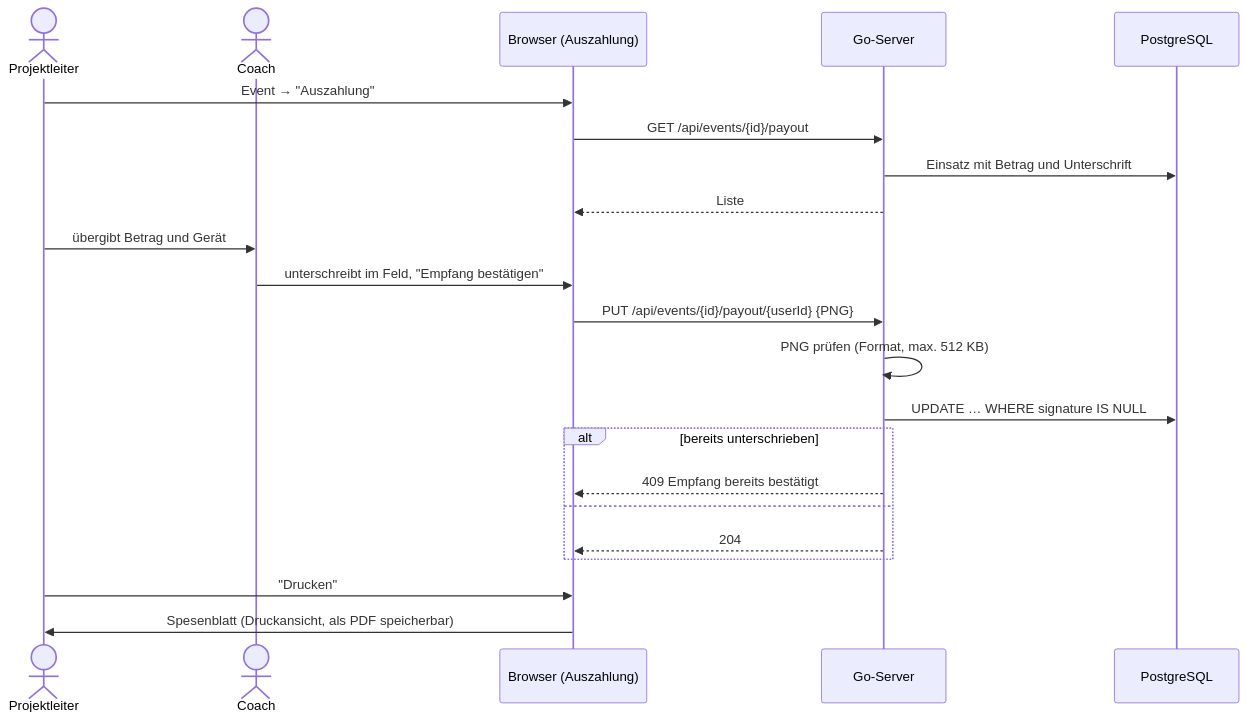
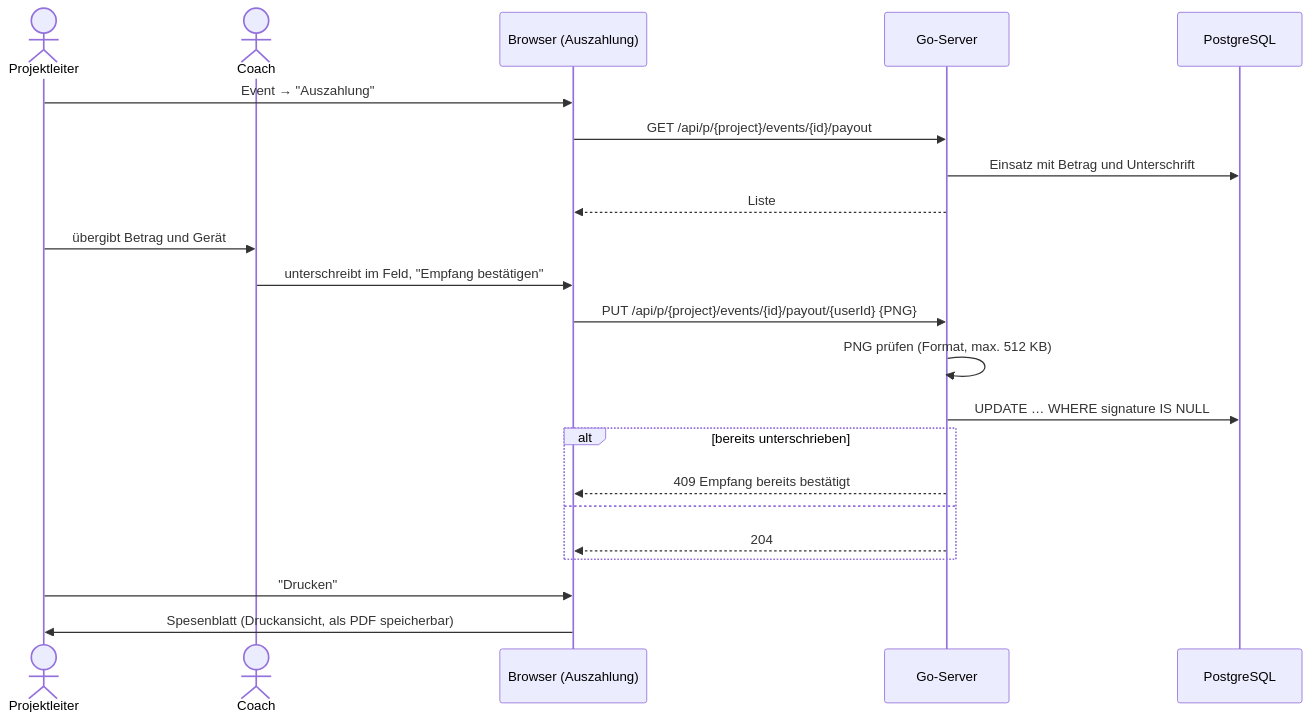
One commit to tribock/midnightsports changed the sixth of 8 diagrams in docs/architektur.md. Above: the diagram before and after it, drawn with Mermaid. The commit also changed other lines of this file and 60 other files, not shown here.

````diff
--- a/docs/architektur.md
+++ b/docs/architektur.md
@@ -266,25 +409,25 @@
 ```mermaid
 sequenceDiagram
     actor PL as Projektleiter
     actor C as Coach
     participant B as Browser (Auszahlung)
     participant S as Go-Server
     participant DB as PostgreSQL
 
     PL->>B: Event → "Auszahlung"
-    B->>S: GET /api/events/{id}/payout
+    B->>S: GET /api/p/{project}/events/{id}/payout
     S->>DB: Einsatz mit Betrag und Unterschrift
     S-->>B: Liste
     PL->>C: übergibt Betrag und Gerät
     C->>B: unterschreibt im Feld, "Empfang bestätigen"
-    B->>S: PUT /api/events/{id}/payout/{userId} {PNG}
+    B->>S: PUT /api/p/{project}/events/{id}/payout/{userId} {PNG}
     S->>S: PNG prüfen (Format, max. 512 KB)
     S->>DB: UPDATE … WHERE signature IS NULL
     alt bereits unterschrieben
         S-->>B: 409 Empfang bereits bestätigt
     else
         S-->>B: 204
     end
     PL->>B: "Drucken"
     B->>PL: Spesenblatt (Druckansicht, als PDF speicherbar)
 ```
````
